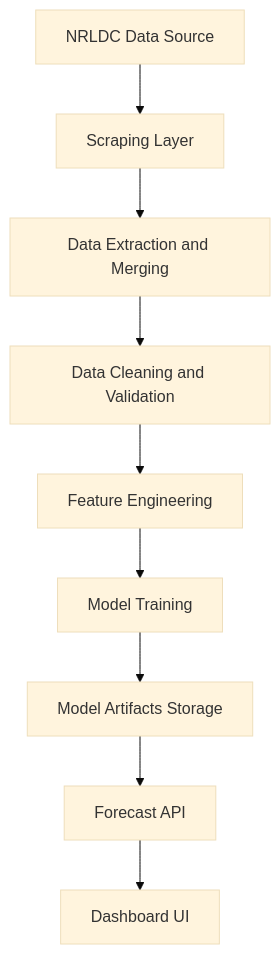
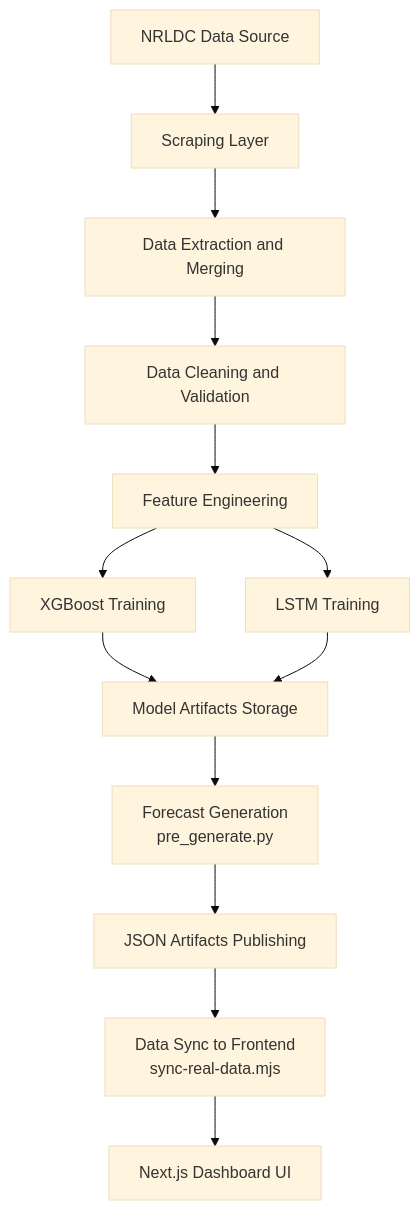
One commit to Team-NAVGATI/Smart-Grid-Load-Prediction-Using-Deep-Learning-By-Team-NavGati changed the first of 2 diagrams in docs/design/system_design.md. Above: the diagram before and after it, drawn with Mermaid (base theme). The commit also changed other lines of this file, not shown here.

Commit message:
docs: enhance system design documentation with dual model training details and JSON artifact serving

````diff
--- a/docs/design/system_design.md
+++ b/docs/design/system_design.md
@@ -28,11 +31,15 @@
 ```mermaid
 flowchart TD
 	A[NRLDC Data Source] --> B[Scraping Layer]
 	B --> C[Data Extraction and Merging]
 	C --> D[Data Cleaning and Validation]
 	D --> E[Feature Engineering]
-	E --> F[Model Training]
-	F --> G[Model Artifacts Storage]
-	G --> H[Forecast API]
-	H --> I[Dashboard UI]
+	E --> F1[XGBoost Training]
+	E --> F2[LSTM Training]
+	F1 --> G[Model Artifacts Storage]
+	F2 --> G
+	G --> H[Forecast Generation<br/>pre_generate.py]
+	H --> I[JSON Artifacts Publishing]
+	I --> J[Data Sync to Frontend<br/>sync-real-data.mjs]
+	J --> K[Next.js Dashboard UI]
 ```
````
